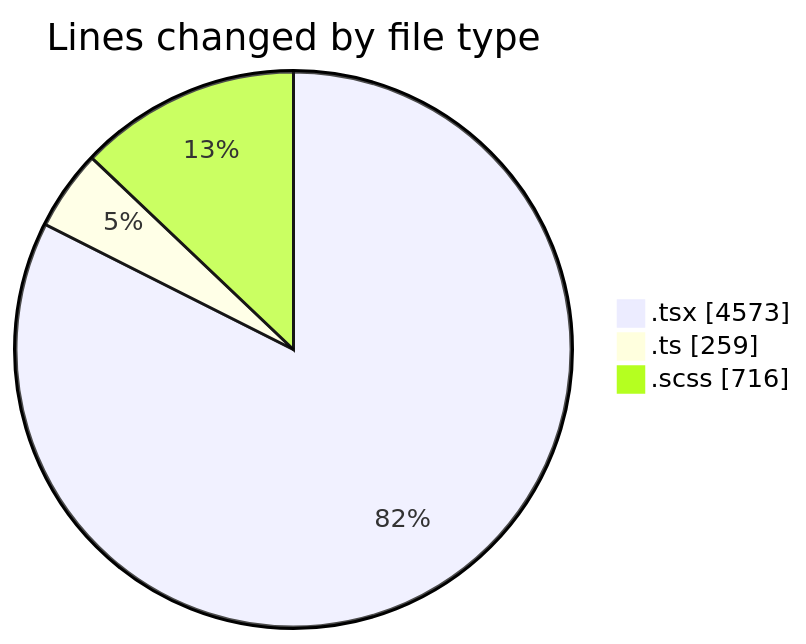
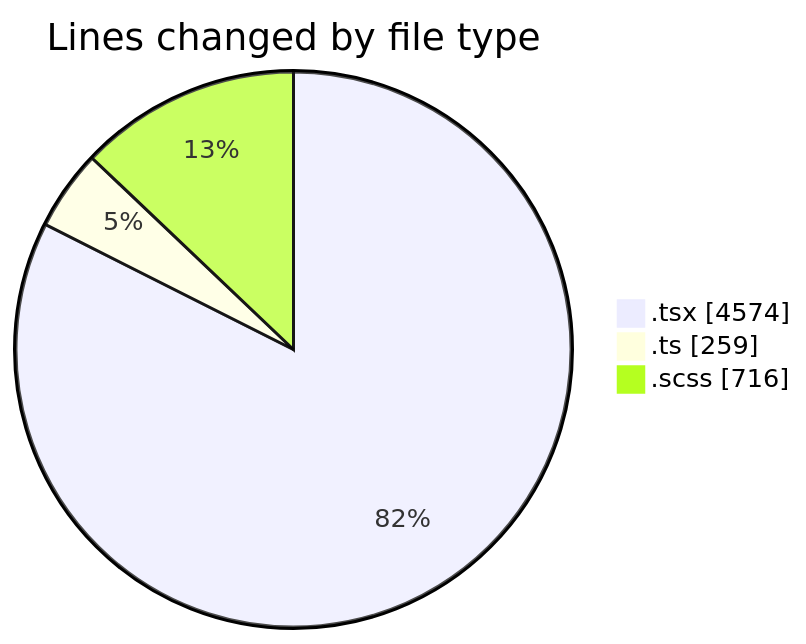
One commit to momahboobian/code-tracking changed the first of 2 diagrams in 2025-09-15/cda/README.md. Above: the diagram before and after it, drawn with Mermaid. The commit also changed other lines of this file and 1 other file, not shown here.

````diff
--- a/2025-09-15/cda/README.md
+++ b/2025-09-15/cda/README.md
@@ -26,7 +26,7 @@
 ```mermaid
 pie showData
 title Lines changed by file type
-".tsx" : 4573
+".tsx" : 4574
 ".ts" : 259
 ".scss" : 716
 ```
````
